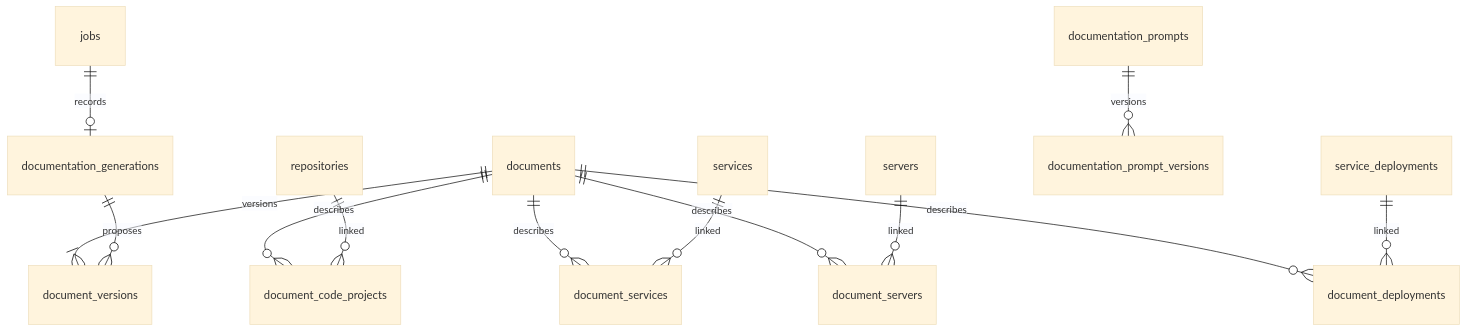
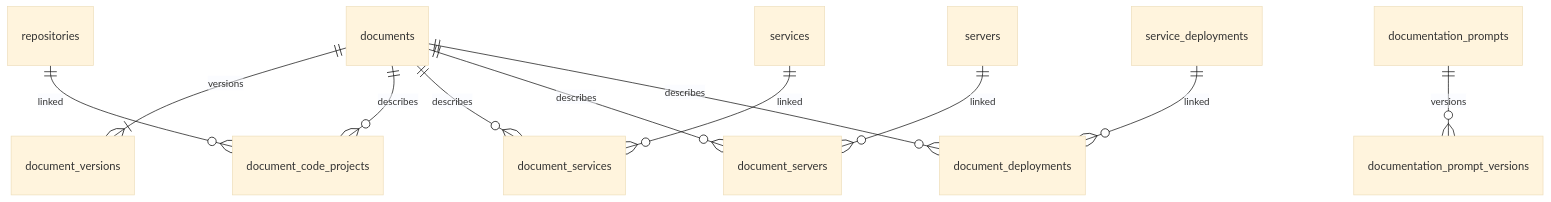
One commit to pulsarpoint/knowledge-agent changed the diagram in docs/database.md. Above: the diagram before and after it, drawn with Mermaid (base theme). The commit also changed other lines of this file and 8 other files, not shown here.

````diff
--- a/docs/database.md
+++ b/docs/database.md
@@ -46,15 +45,13 @@
 ```mermaid
 erDiagram
     documents ||--|{ document_versions : versions
     documents ||--o{ document_code_projects : describes
     repositories ||--o{ document_code_projects : linked
     documents ||--o{ document_services : describes
     services ||--o{ document_services : linked
     documents ||--o{ document_servers : describes
     servers ||--o{ document_servers : linked
     documents ||--o{ document_deployments : describes
     service_deployments ||--o{ document_deployments : linked
     documentation_prompts ||--o{ documentation_prompt_versions : versions
-    jobs ||--o| documentation_generations : records
-    documentation_generations ||--o{ document_versions : proposes
 ```
````
